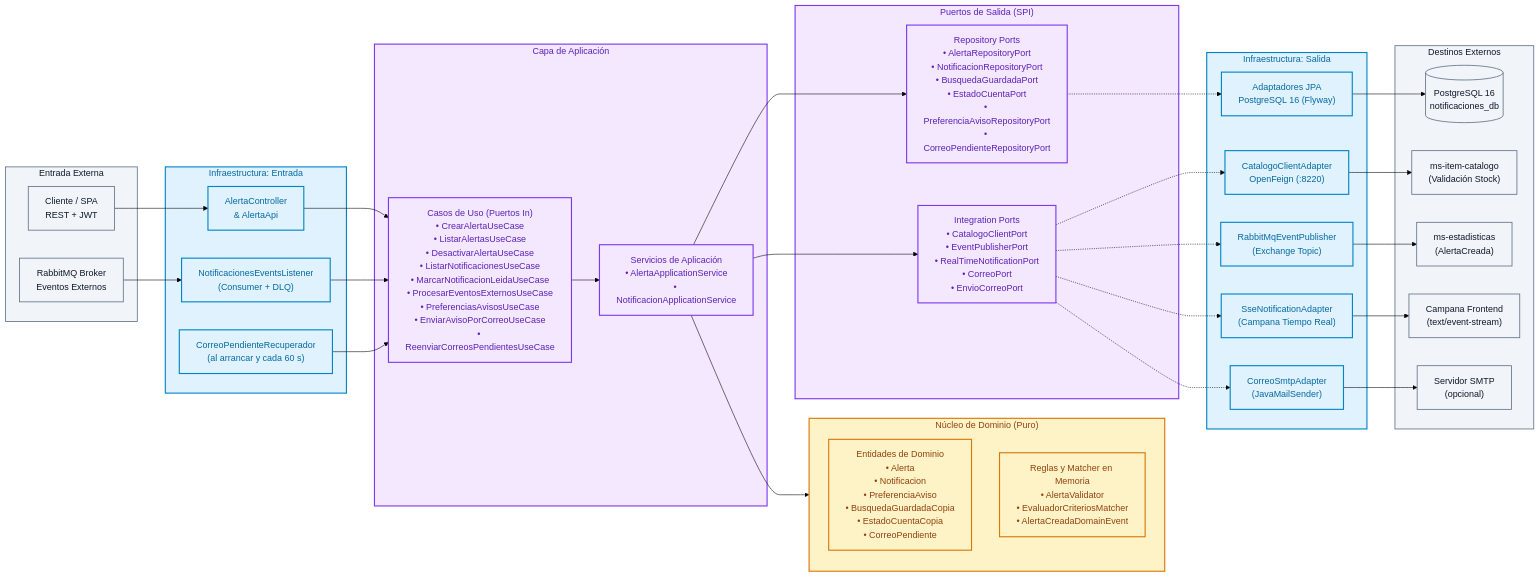
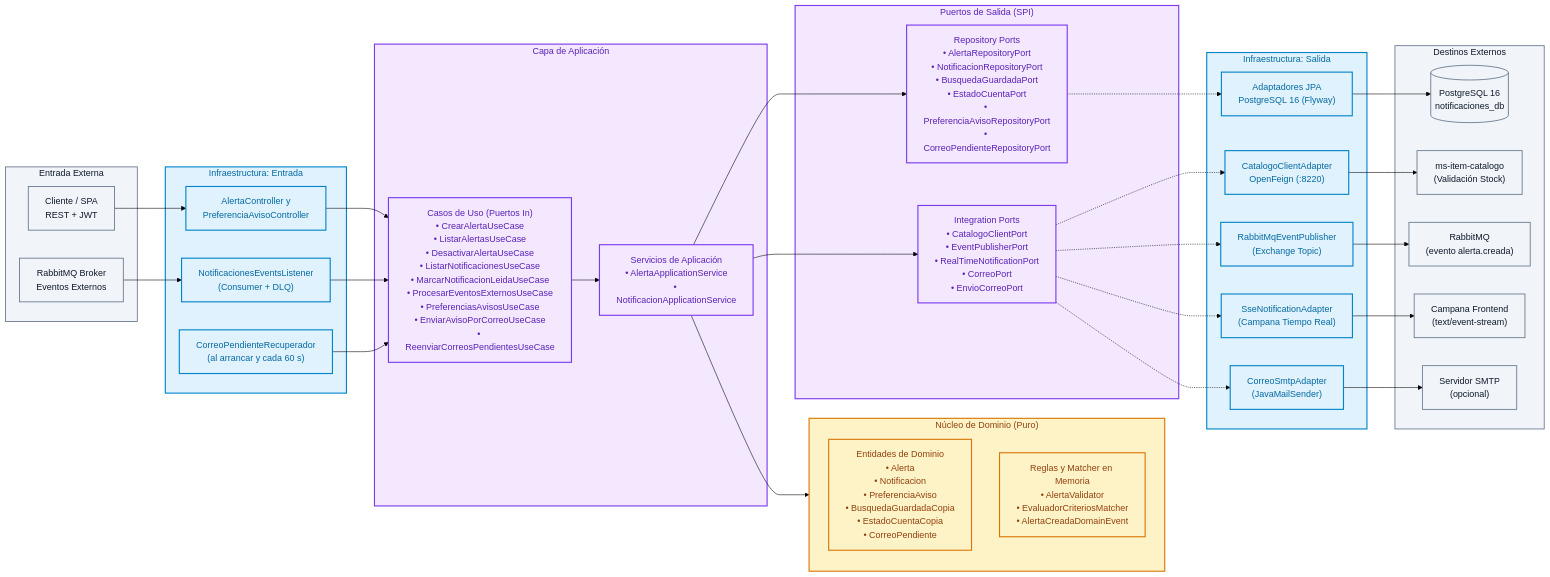
One commit to StyleRadar1/GJ-Notification-Service changed the diagram in docs/readme/03-arquitectura-hexagonal.md. Above: the diagram before and after it, drawn with Mermaid (forest theme). The commit also changed other lines of this file and 18 other files, not shown here.

```diff
--- a/docs/readme/03-arquitectura-hexagonal.md
+++ b/docs/readme/03-arquitectura-hexagonal.md
@@ -17,7 +17,7 @@
 
     %% Capa de Infraestructura - Adaptadores de Entrada
     subgraph ADAPTERS_IN["Infraestructura: Entrada"]
-        REST_CTRL["AlertaController<br>& AlertaApi"]
+        REST_CTRL["AlertaController y<br>PreferenciaAvisoController"]
         AMQP_LISTENER["NotificacionesEventsListener<br>(Consumer + DLQ)"]
         SCHEDULER["CorreoPendienteRecuperador<br>(al arrancar y cada 60 s)"]
     end
@@ -53,7 +53,7 @@
     subgraph EXT_OUT["Destinos Externos"]
         DB[(PostgreSQL 16<br>notificaciones_db)]
         CATALOGO["ms-item-catalogo<br>(Validación Stock)"]
-        ESTADISTICAS["ms-estadisticas<br>(AlertaCreada)"]
+        ESTADISTICAS["RabbitMQ<br>(evento alerta.creada)"]
         SSE_CLIENT["Campana Frontend<br>(text/event-stream)"]
         SMTP["Servidor SMTP<br>(opcional)"]
     end
```
